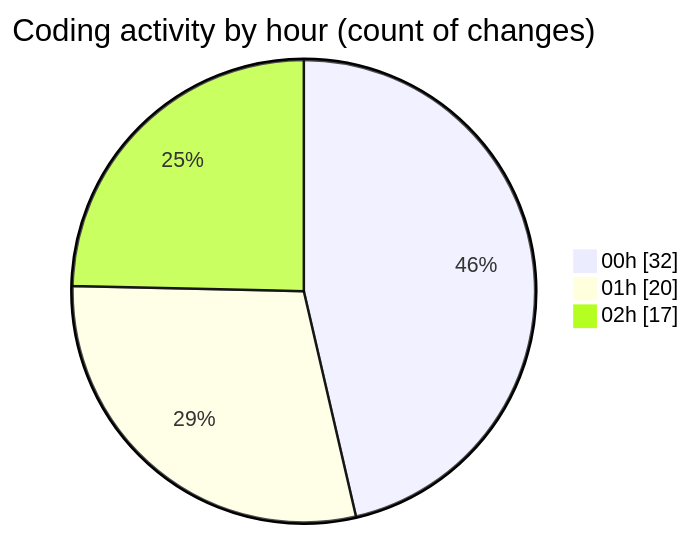
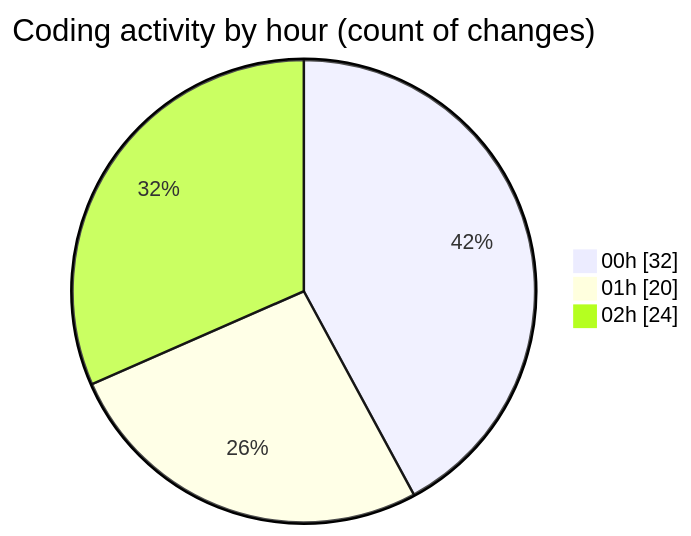
One commit to lephambinh05/code-tracking changed the second of 2 diagrams in 2025-07-21/reg/README.md. Above: the diagram before and after it, drawn with Mermaid. The commit also changed other lines of this file and 1 other file, not shown here.

````diff
--- a/2025-07-21/reg/README.md
+++ b/2025-07-21/reg/README.md
@@ -54,7 +57,7 @@
 ```mermaid
 pie showData
 title Coding activity by hour (count of changes)
 "00h" : 32
 "01h" : 20
-"02h" : 17
+"02h" : 24
 ```
````
